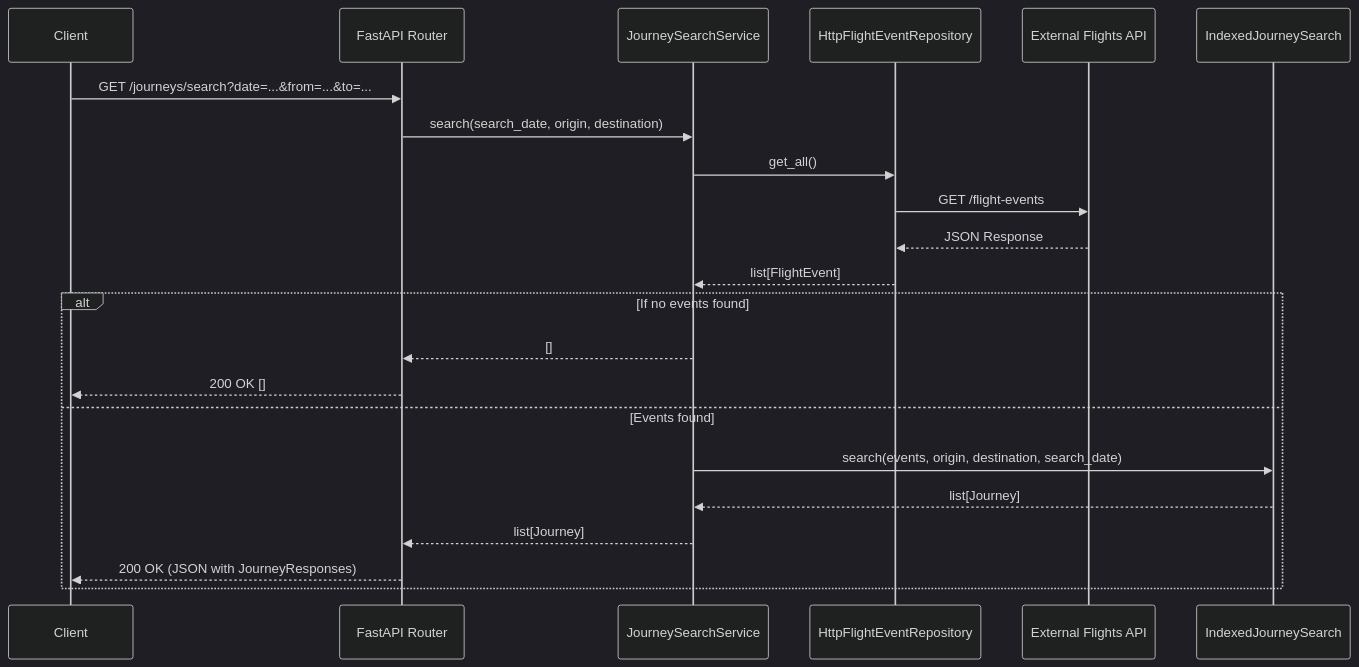
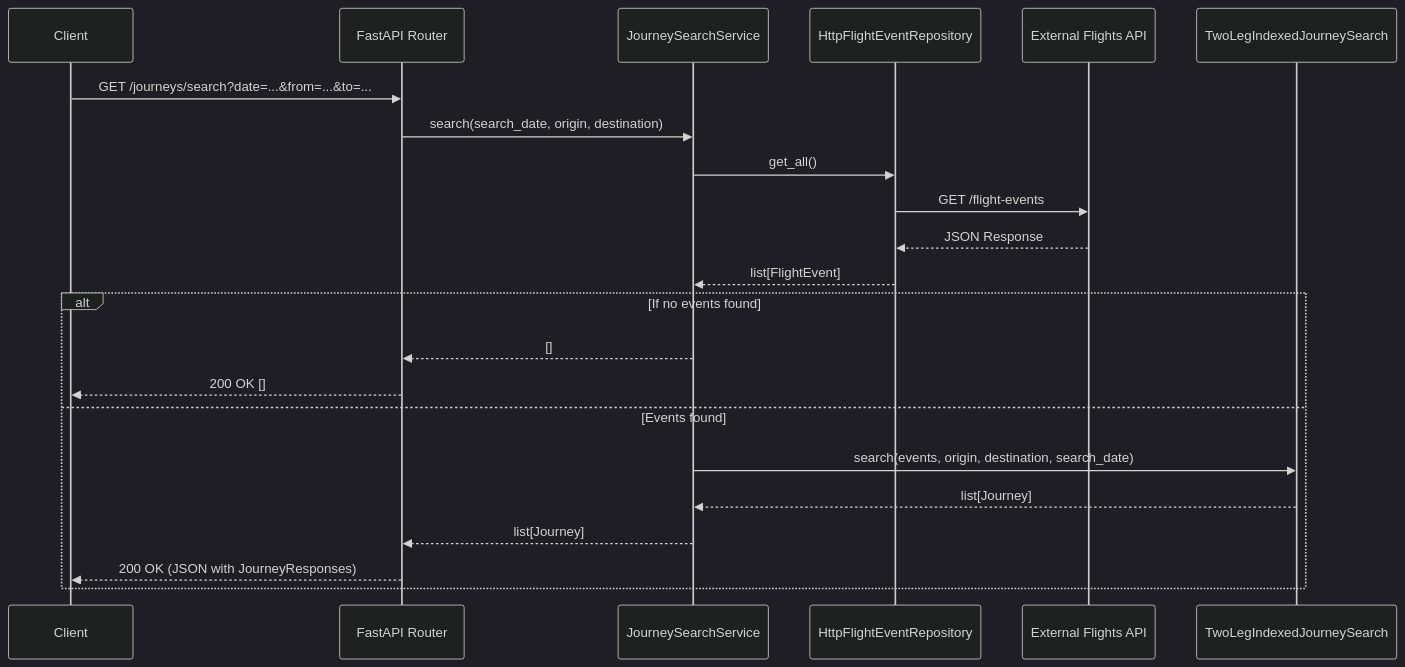
One commit to andresilm/flights-search changed the diagram in docs/sequence.md. Above: the diagram before and after it, drawn with Mermaid (dark theme). The commit also changed 8 other files, not shown here.

````diff
--- a/docs/sequence.md
+++ b/docs/sequence.md
@@ -5,28 +5,28 @@
 ```mermaid
 sequenceDiagram
     participant Client
     participant Router as FastAPI Router
     participant Service as JourneySearchService
     participant Adapter as HttpFlightEventRepository
     participant External as External Flights API
-    participant Strategy as IndexedJourneySearch
+    participant Strategy as TwoLegIndexedJourneySearch
 
     Client->>Router: GET /journeys/search?date=...&from=...&to=...
     
     Router->>Service: search(search_date, origin, destination)
     
     Service->>Adapter: get_all()
     Adapter->>External: GET /flight-events
     External-->>Adapter: JSON Response
     Adapter-->>Service: list[FlightEvent]
     
     alt If no events found
         Service-->>Router: []
         Router-->>Client: 200 OK []
     else Events found
         Service->>Strategy: search(events, origin, destination, search_date)
         Strategy-->>Service: list[Journey]
         Service-->>Router: list[Journey]
         Router-->>Client: 200 OK (JSON with JourneyResponses)
     end
 ```
````
